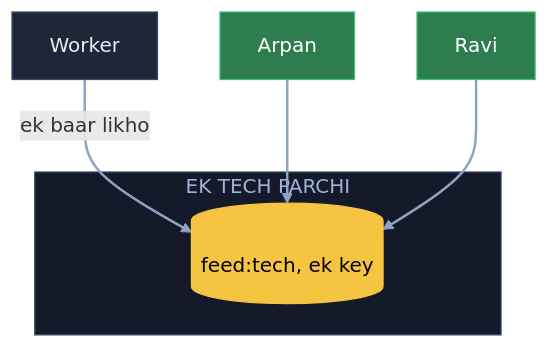
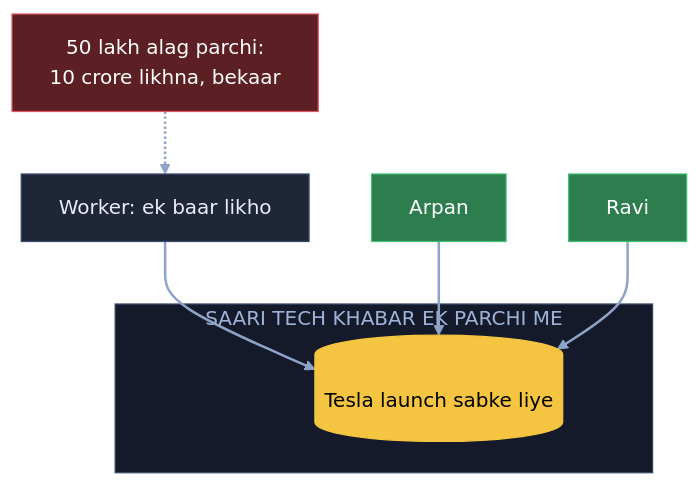
Before and after one commit to ArpanMaheshwari144/Prep: the eighth of 11 diagrams in 04_HLD/SYSTEM_DESIGNS/08_news_aggregator/08_news_aggregator.md, drawn with Mermaid. The commit also changed other lines of this file, not shown here.

Commit message:
News: 11 diagram hand notes ke shabdon se; K6 se apna jodा timeout / circuit breaker hataya

````diff
--- a/04_HLD/SYSTEM_DESIGNS/08_news_aggregator/08_news_aggregator.md
+++ b/04_HLD/SYSTEM_DESIGNS/08_news_aggregator/08_news_aggregator.md
@@ -241,18 +243,20 @@
 ```mermaid
 flowchart TB
-    W["Worker"]:::card
-    subgraph ET["EK TECH PARCHI"]
-        T[("feed:tech, ek key")]:::pill
+    X["50 lakh alag parchi:<br/>10 crore likhna, bekaar"]:::bad
+    W["Worker: ek baar likho"]:::card
+    subgraph ET["SAARI TECH KHABAR EK PARCHI ME"]
+        T[("Tesla launch sabke liye")]:::pill
     end
     A["Arpan"]:::good
     R["Ravi"]:::good
-    W -- "ek baar likho" --> T
+    X -.-> W
+    W --> T
     A --> T
     R --> T
     linkStyle default stroke:#8fa3c7,stroke-width:2px
     classDef card fill:#1e2638,stroke:#3a4a6b,color:#e8ecf5
     classDef pill fill:#f5c542,stroke:#f5c542,color:#000
     classDef good fill:#2e7d4f,stroke:#3fbf6f,color:#fff
     classDef bad fill:#5c1f24,stroke:#e05561,color:#fff
     style ET fill:#141a29,stroke:#3a4a6b,color:#9fb3d9
 ```
````
